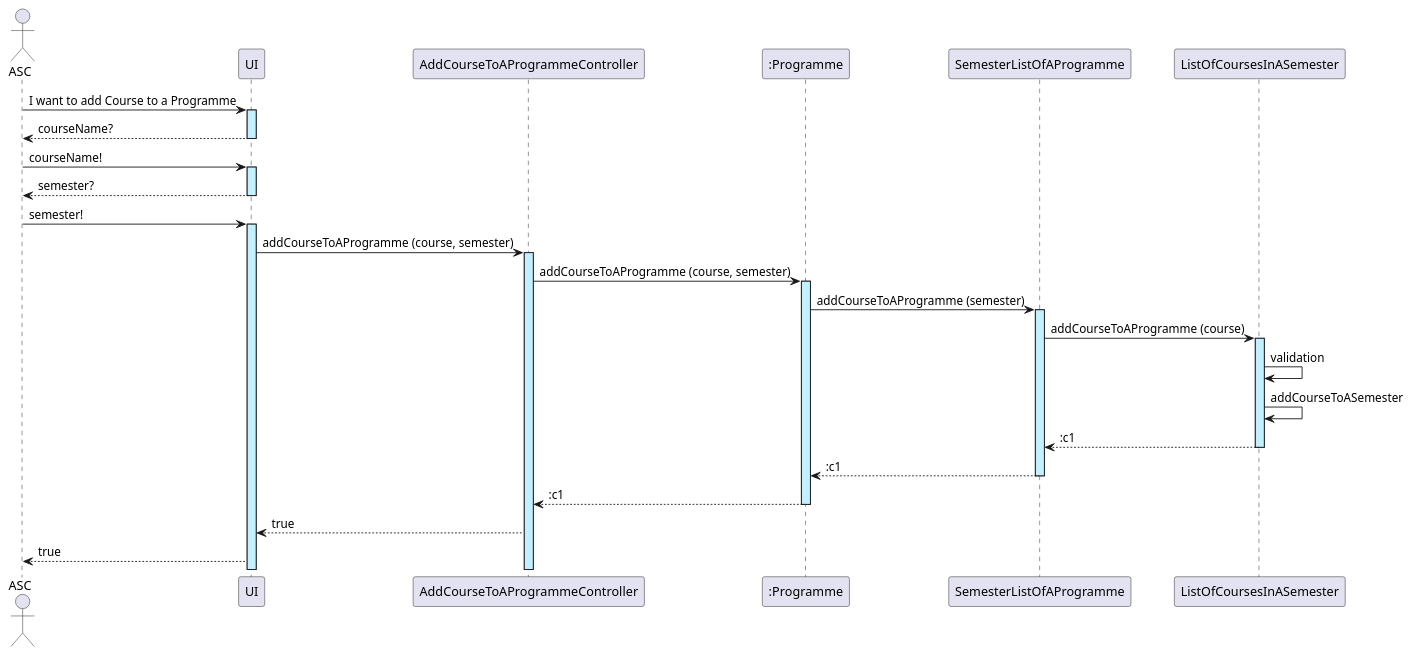
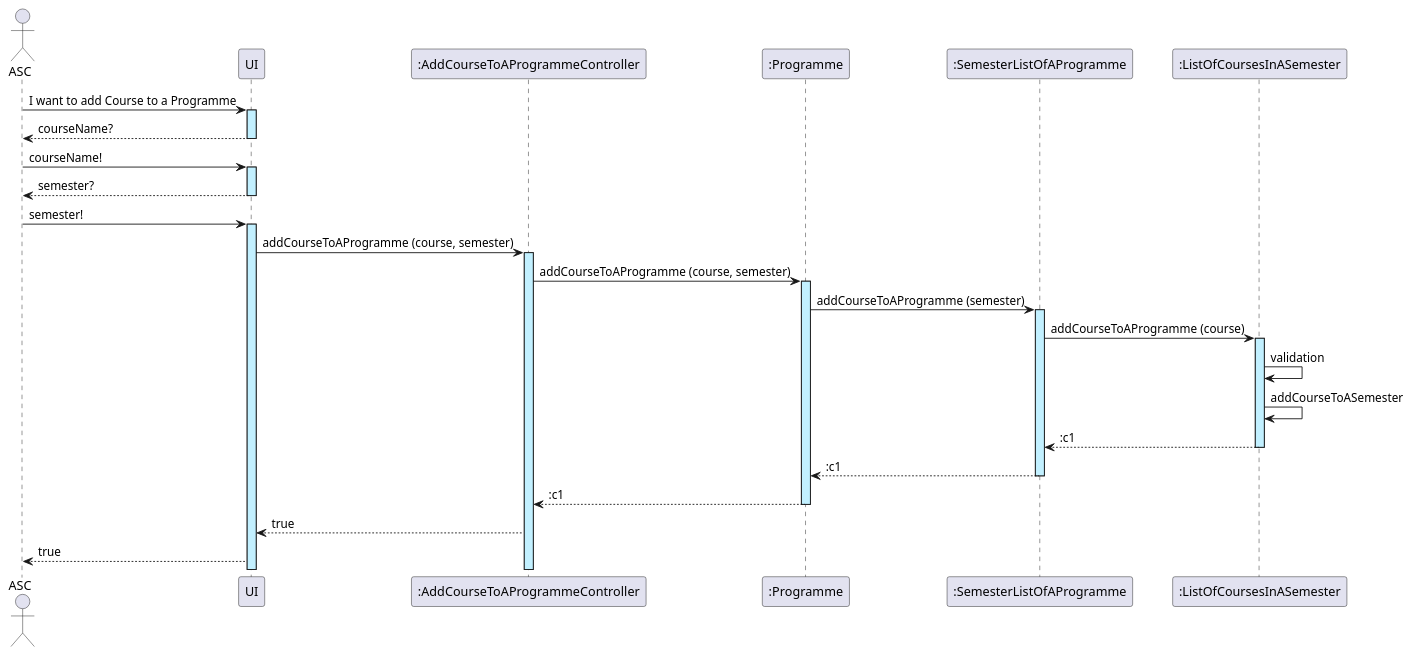
Before and after one commit to GasparISEP/DevOps-PAI: the diagram in docs/sequenceSystemDiagrams/Sprint_1/US03_AddCourseToAProgramme.puml, drawn with PlantUML.

Commit message:
US3 : updated SSD

```diff
--- a/docs/sequenceSystemDiagrams/Sprint_1/US03_AddCourseToAProgramme.puml
+++ b/docs/sequenceSystemDiagrams/Sprint_1/US03_AddCourseToAProgramme.puml
@@ -1,31 +1,31 @@
 @startuml
 actor ASC
 
 ASC -> UI ++ #application : I want to add Course to a Programme
 UI --> ASC -- : courseName?
 ASC -> UI ++ #application : courseName!
 UI --> ASC -- : semester?
 ASC -> UI ++ #application : semester!
 
-UI -> AddCourseToAProgrammeController ++ #application : addCourseToAProgramme (course, semester)
+UI -> ":AddCourseToAProgrammeController" ++ #application : addCourseToAProgramme (course, semester)
 
-AddCourseToAProgrammeController -> ":Programme" ++ #application : addCourseToAProgramme (course, semester)
+":AddCourseToAProgrammeController" -> ":Programme" ++ #application : addCourseToAProgramme (course, semester)
 
-":Programme" -> SemesterListOfAProgramme ++ #application : addCourseToAProgramme (semester)
+":Programme" -> ":SemesterListOfAProgramme" ++ #application : addCourseToAProgramme (semester)
 
-SemesterListOfAProgramme -> ListOfCoursesInASemester ++ #application : addCourseToAProgramme (course)
+":SemesterListOfAProgramme" -> ":ListOfCoursesInASemester" ++ #application : addCourseToAProgramme (course)
 
-ListOfCoursesInASemester -> ListOfCoursesInASemester : validation
-ListOfCoursesInASemester -> ListOfCoursesInASemester : addCourseToASemester
+":ListOfCoursesInASemester" -> ":ListOfCoursesInASemester" : validation
+":ListOfCoursesInASemester" -> ":ListOfCoursesInASemester" : addCourseToASemester
 
-ListOfCoursesInASemester --> SemesterListOfAProgramme --: :c1
+":ListOfCoursesInASemester" --> ":SemesterListOfAProgramme" --: :c1
 
-SemesterListOfAProgramme --> ":Programme" --: :c1
+":SemesterListOfAProgramme" --> ":Programme" --: :c1
 
-":Programme" --> AddCourseToAProgrammeController --: :c1
+":Programme" --> ":AddCourseToAProgrammeController" --: :c1
 
-AddCourseToAProgrammeController --> UI : true
+":AddCourseToAProgrammeController" --> UI : true
 
 UI --> ASC : true
 
 @enduml
```
